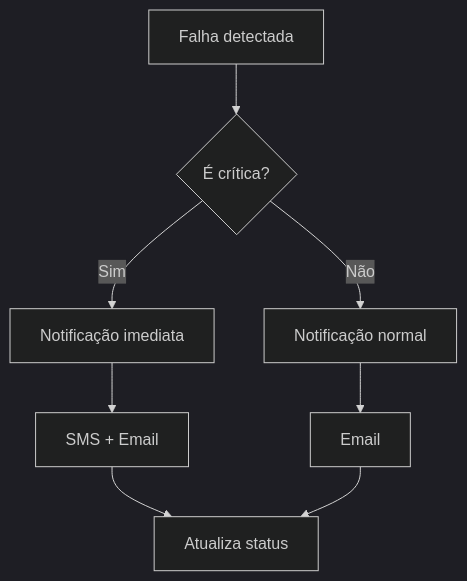
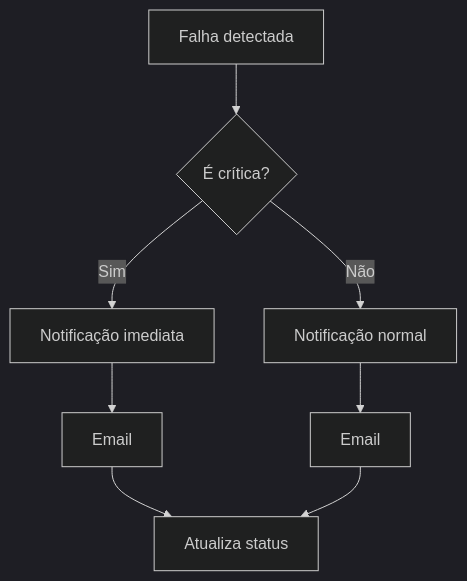
Before and after one commit to rickparra/HydroBattery: the third of 4 diagrams in README.md, drawn with Mermaid (dark theme). The commit also changed other lines of this file, not shown here.

````diff
--- a/README.md
+++ b/README.md
@@ -146,10 +118,10 @@
 ```mermaid
 graph TD
     A[Falha detectada] --> B{É crítica?}
     B -->|Sim| C[Notificação imediata]
-    C --> D[SMS + Email]
+    C --> D[Email]
     B -->|Não| E[Notificação normal]
     E --> F[Email]
     D --> G[Atualiza status]
     F --> G
 ```
````
